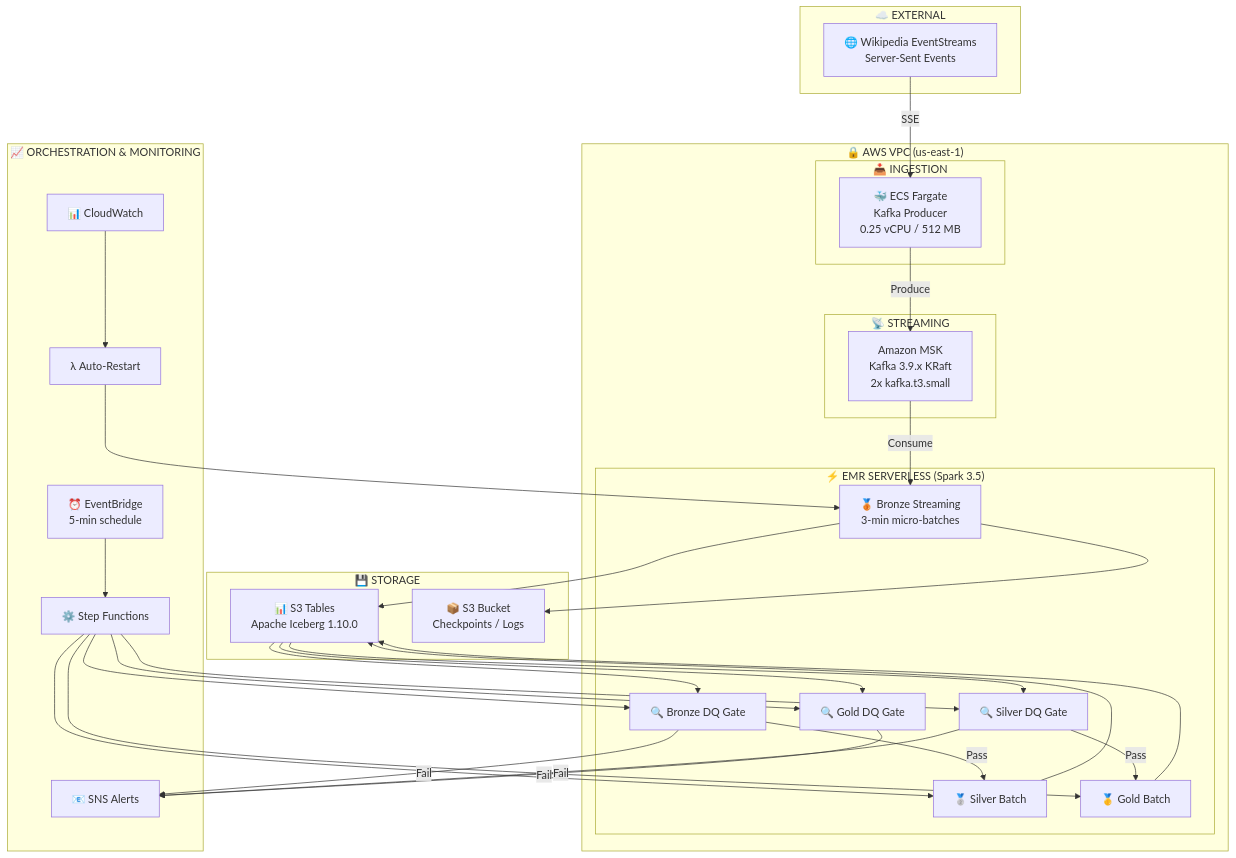
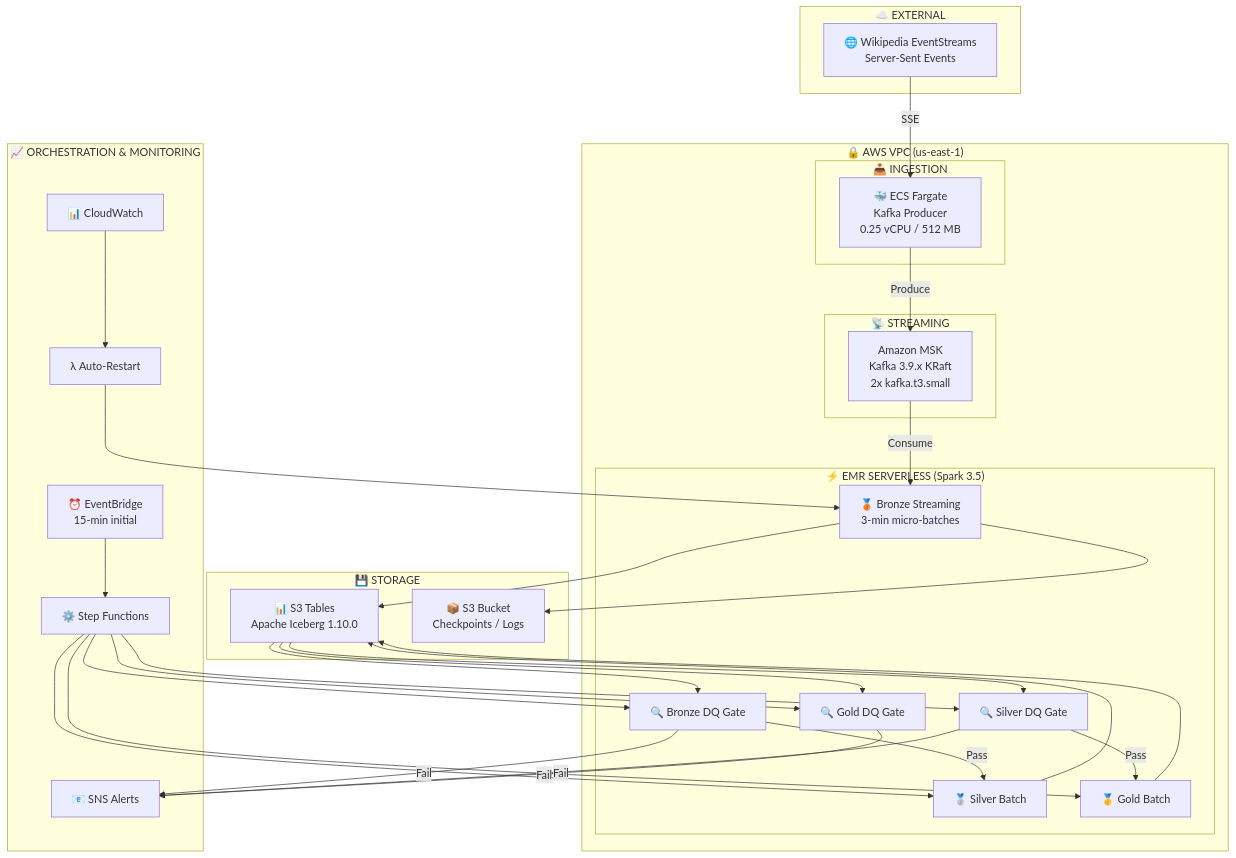
One commit to mdshihabullah/wikistream-event-data-pipeline-aws changed the first of 2 diagrams in docs/ARCHITECTURE.md. Above: the diagram before and after it, drawn with Mermaid. The commit also changed other lines of this file and 1 other file, not shown here.

First line of the commit message:
feat: Update QuickSight setup and architecture documentation

````diff
--- a/docs/ARCHITECTURE.md
+++ b/docs/ARCHITECTURE.md
@@ -7,62 +7,62 @@
 ```mermaid
 flowchart TB
     subgraph EXT["☁️ EXTERNAL"]
         WIKI["🌐 Wikipedia EventStreams<br/>Server-Sent Events"]
     end
 
     subgraph VPC["🔒 AWS VPC (us-east-1)"]
         subgraph INGEST["📥 INGESTION"]
             ECS["🐳 ECS Fargate<br/>Kafka Producer<br/>0.25 vCPU / 512 MB"]
         end
 
         subgraph STREAM["📡 STREAMING"]
             MSK["Amazon MSK<br/>Kafka 3.9.x KRaft<br/>2x kafka.t3.small"]
         end
 
         subgraph PROCESS["⚡ EMR SERVERLESS (Spark 3.5)"]
             BRONZE["🥉 Bronze Streaming<br/>3-min micro-batches"]
             BRONZE_DQ["🔍 Bronze DQ Gate"]
             SILVER["🥈 Silver Batch"]
             SILVER_DQ["🔍 Silver DQ Gate"]
             GOLD["🥇 Gold Batch"]
             GOLD_DQ["🔍 Gold DQ Gate"]
         end
     end
 
     subgraph STORE["💾 STORAGE"]
         S3T["📊 S3 Tables<br/>Apache Iceberg 1.10.0"]
         S3["📦 S3 Bucket<br/>Checkpoints / Logs"]
     end
 
     subgraph OPS["📈 ORCHESTRATION & MONITORING"]
         SFN["⚙️ Step Functions"]
-        EB["⏰ EventBridge<br/>5-min schedule"]
+        EB["⏰ EventBridge<br/>15-min initial"]
         CW["📊 CloudWatch"]
         LAMBDA["λ Auto-Restart"]
         SNS["📧 SNS Alerts"]
     end
 
     WIKI -->|SSE| ECS
     ECS -->|Produce| MSK
     MSK -->|Consume| BRONZE
     BRONZE --> S3T
     BRONZE --> S3
     S3T --> BRONZE_DQ
     BRONZE_DQ -->|Pass| SILVER
     SILVER --> S3T
     S3T --> SILVER_DQ
     SILVER_DQ -->|Pass| GOLD
     GOLD --> S3T
     S3T --> GOLD_DQ
     EB --> SFN
     SFN --> BRONZE_DQ
     SFN --> SILVER
     SFN --> SILVER_DQ
     SFN --> GOLD
     SFN --> GOLD_DQ
     CW --> LAMBDA
     LAMBDA --> BRONZE
     BRONZE_DQ -->|Fail| SNS
     SILVER_DQ -->|Fail| SNS
     GOLD_DQ -->|Fail| SNS
 ```
````
